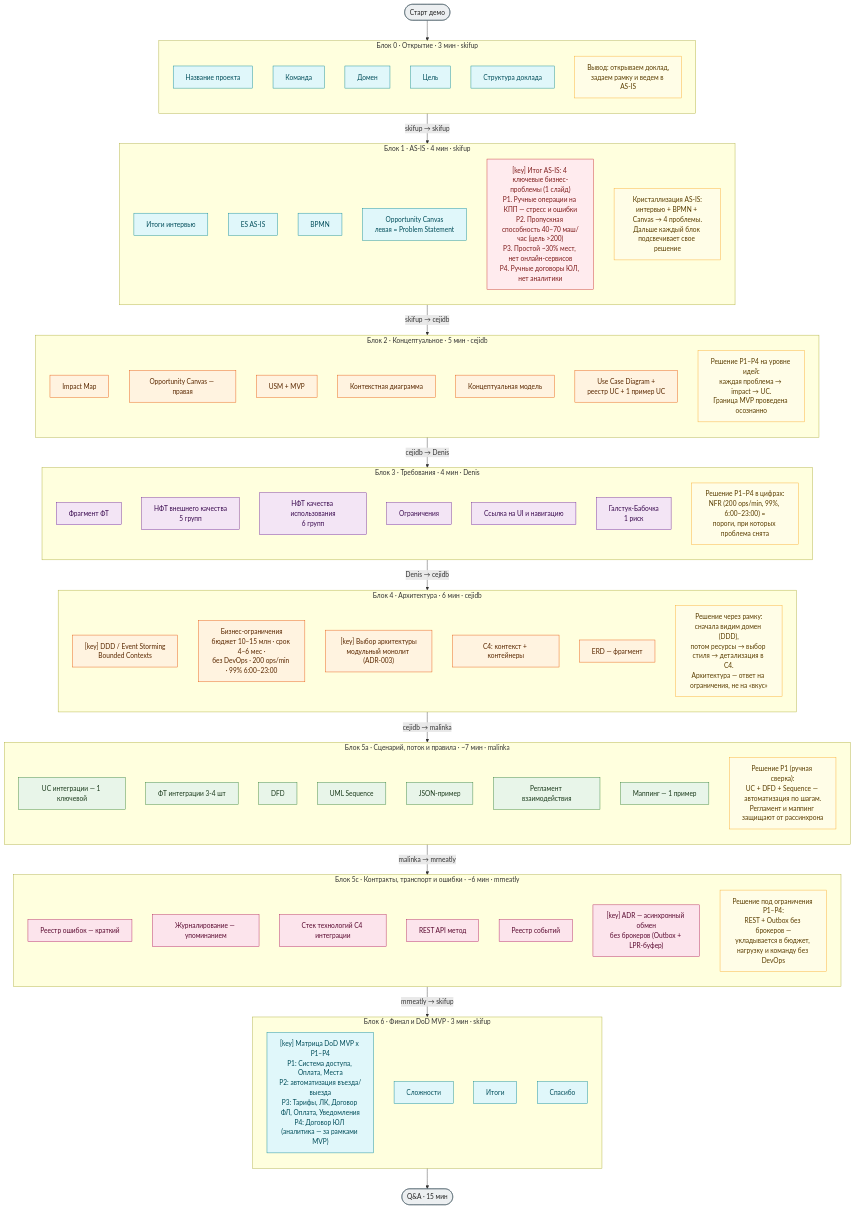
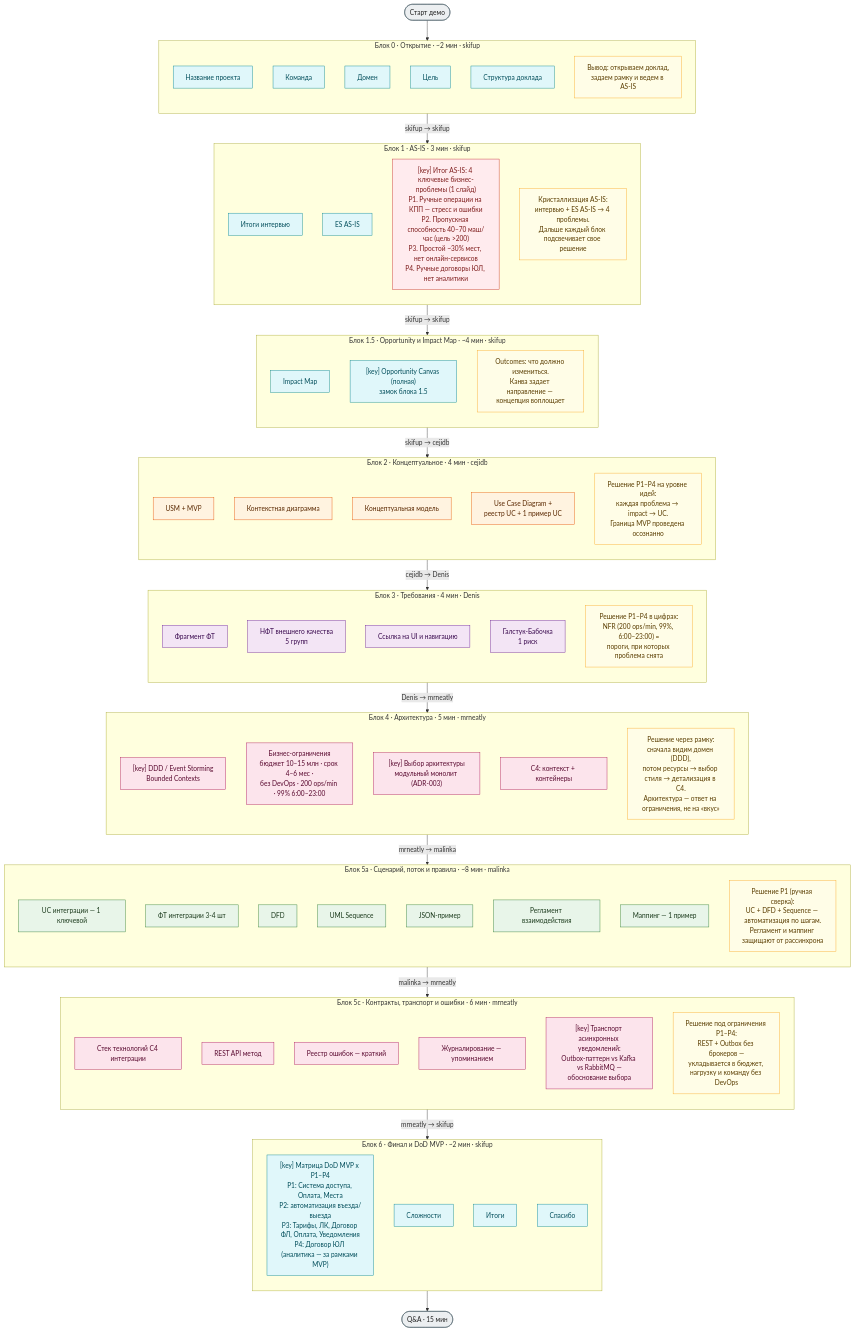
The first of 2 diagrams in docs/demo-days/demo-5/slides-map.md (CeJIDb/sab-win-26-mine-parking), drawn with Mermaid before and after one commit. The commit also changed other lines of this file and 6 other files, not shown here.

```diff
--- a/docs/demo-days/demo-5/slides-map.md
+++ b/docs/demo-days/demo-5/slides-map.md
@@ -43,7 +43,7 @@
 
     START([Старт демо]):::header
 
-    subgraph B0["Блок 0 · Открытие · 3 мин · skifup"]
+    subgraph B0["Блок 0 · Открытие · ~2 мин · skifup"]
       direction TB
       B0_1["Название проекта"]:::skifup
       B0_2["Команда"]:::skifup
@@ -53,26 +53,29 @@
       B0_out["Вывод: открываем доклад,<br/>задаем рамку и ведем в AS-IS"]:::conclusion
     end
 
-    subgraph B1["Блок 1 · AS-IS · 4 мин · skifup"]
+    subgraph B1["Блок 1 · AS-IS · 3 мин · skifup"]
       direction TB
       B1_1["Итоги интервью"]:::skifup
       B1_2["ES AS-IS"]:::skifup
-      B1_3["BPMN"]:::skifup
-      B1_4["Opportunity Canvas<br/>левая = Problem Statement"]:::skifup
 
       PROBLEMS["[key] Итог AS-IS: 4 ключевые бизнес-проблемы (1 слайд)<br/>P1. Ручные операции на КПП — стресс и ошибки<br/>P2. Пропускная способность 40–70 маш/час (цель >200)<br/>P3. Простой ~30% мест, нет онлайн-сервисов<br/>P4. Ручные договоры ЮЛ, нет аналитики"]:::problem
 
-      B1_out["Кристаллизация AS-IS:<br/>интервью + BPMN + Canvas → 4 проблемы.<br/>Дальше каждый блок подсвечивает свое решение"]:::conclusion
+      B1_out["Кристаллизация AS-IS:<br/>интервью + ES AS-IS → 4 проблемы.<br/>Дальше каждый блок подсвечивает свое решение"]:::conclusion
     end
 
-    subgraph B2["Блок 2 · Концептуальное · 5 мин · cejidb"]
+    subgraph B1_5["Блок 1.5 · Opportunity и Impact Map · ~4 мин · skifup"]
       direction TB
-      B2_1["Impact Map"]:::cejidb
-      B2_2["Opportunity Canvas — правая"]:::cejidb
-      B2_3["USM + MVP"]:::cejidb
-      B2_4["Контекстная диаграмма"]:::cejidb
-      B2_5["Концептуальная модель"]:::cejidb
-      B2_6["Use Case Diagram +<br/>реестр UC + 1 пример UC"]:::cejidb
+      B1_5_1["Impact Map"]:::skifup
+      B1_5_2["[key] Opportunity Canvas (полная)<br/>замок блока 1.5"]:::skifup
+      B1_5_out["Outcomes: что должно измениться.<br/>Канва задает направление — концепция воплощает"]:::conclusion
+    end
+
+    subgraph B2["Блок 2 · Концептуальное · 4 мин · cejidb"]
+      direction TB
+      B2_1["USM + MVP"]:::cejidb
+      B2_2["Контекстная диаграмма"]:::cejidb
+      B2_3["Концептуальная модель"]:::cejidb
+      B2_4["Use Case Diagram +<br/>реестр UC + 1 пример UC"]:::cejidb
       B2_out["Решение P1–P4 на уровне идей:<br/>каждая проблема → impact → UC.<br/>Граница MVP проведена осознанно"]:::conclusion
     end
 
@@ -80,24 +83,21 @@
       direction TB
       B3_1["Фрагмент ФТ"]:::denis
       B3_2["НФТ внешнего качества<br/>5 групп"]:::denis
-      B3_3["НФТ качества использования<br/>6 групп"]:::denis
-      B3_4["Ограничения"]:::denis
-      B3_5["Ссылка на UI и навигацию"]:::denis
-      B3_6["Галстук-Бабочка<br/>1 риск"]:::denis
+      B3_3["Ссылка на UI и навигацию"]:::denis
+      B3_4["Галстук-Бабочка<br/>1 риск"]:::denis
       B3_out["Решение P1–P4 в цифрах:<br/>NFR (200 ops/min, 99%, 6:00–23:00) =<br/>пороги, при которых проблема снята"]:::conclusion
     end
 
-    subgraph B4["Блок 4 · Архитектура · 6 мин · cejidb"]
+    subgraph B4["Блок 4 · Архитектура · 5 мин · mrneatly"]
       direction TB
-      B4_1["[key] DDD / Event Storming<br/>Bounded Contexts"]:::cejidb
-      B4_2["Бизнес-ограничения<br/>бюджет 10–15 млн · срок 4–6 мес ·<br/>без DevOps · 200 ops/min · 99% 6:00–23:00"]:::cejidb
-      B4_3["[key] Выбор архитектуры<br/>модульный монолит (ADR-003)"]:::cejidb
-      B4_4["C4: контекст + контейнеры"]:::cejidb
-      B4_5["ERD — фрагмент"]:::cejidb
+      B4_1["[key] DDD / Event Storming<br/>Bounded Contexts"]:::mrneatly
+      B4_2["Бизнес-ограничения<br/>бюджет 10–15 млн · срок 4–6 мес ·<br/>без DevOps · 200 ops/min · 99% 6:00–23:00"]:::mrneatly
+      B4_3["[key] Выбор архитектуры<br/>модульный монолит (ADR-003)"]:::mrneatly
+      B4_4["C4: контекст + контейнеры"]:::mrneatly
       B4_out["Решение через рамку:<br/>сначала видим домен (DDD),<br/>потом ресурсы → выбор стиля → детализация в C4.<br/>Архитектура — ответ на ограничения, не на «вкус»"]:::conclusion
     end
 
-    subgraph B5A["Блок 5а · Сценарий, поток и правила · ~7 мин · malinka"]
+    subgraph B5A["Блок 5а · Сценарий, поток и правила · ~8 мин · malinka"]
       direction TB
       B5A_1["UC интеграции — 1 ключевой"]:::malinka
       B5A_2["ФТ интеграции 3-4 шт"]:::malinka
@@ -109,18 +109,17 @@
       B5A_out["Решение P1 (ручная сверка):<br/>UC + DFD + Sequence — автоматизация по шагам.<br/>Регламент и маппинг защищают от рассинхрона"]:::conclusion
     end
 
-    subgraph B5C["Блок 5c · Контракты, транспорт и ошибки · ~6 мин · mrneatly"]
+    subgraph B5C["Блок 5c · Контракты, транспорт и ошибки · 6 мин · mrneatly"]
       direction TB
-      B5C_0["Реестр ошибок — краткий"]:::mrneatly
-      B5C_1["Журналирование — упоминанием"]:::mrneatly
-      B5C_2["Стек технологий C4 интеграции"]:::mrneatly
-      B5C_3["REST API метод"]:::mrneatly
-      B5C_4["Реестр событий"]:::mrneatly
-      B5C_5["[key] ADR — асинхронный обмен<br/>без брокеров (Outbox + LPR-буфер)"]:::mrneatly
+      B5C_1["Стек технологий C4 интеграции"]:::mrneatly
+      B5C_2["REST API метод"]:::mrneatly
+      B5C_3["Реестр ошибок — краткий"]:::mrneatly
+      B5C_4["Журналирование — упоминанием"]:::mrneatly
+      B5C_5["[key] Транспорт асинхронных уведомлений:<br/>Outbox-паттерн vs Kafka vs RabbitMQ —<br/>обоснование выбора"]:::mrneatly
       B5C_out["Решение под ограничения P1–P4:<br/>REST + Outbox без брокеров —<br/>укладывается в бюджет, нагрузку и команду без DevOps"]:::conclusion
     end
 
-    subgraph B6["Блок 6 · Финал и DoD MVP · 3 мин · skifup"]
+    subgraph B6["Блок 6 · Финал и DoD MVP · ~2 мин · skifup"]
       direction TB
       B6_1["[key] Матрица DoD MVP x P1–P4<br/>P1: Система доступа, Оплата, Места<br/>P2: автоматизация въезда/выезда<br/>P3: Тарифы, ЛК, Договор ФЛ, Оплата, Уведомления<br/>P4: Договор ЮЛ (аналитика — за рамками MVP)"]:::skifup
       B6_2["Сложности"]:::skifup
@@ -132,10 +131,11 @@
 
     START --> B0
     B0 -->|skifup → skifup| B1
-    B1 -->|skifup → cejidb| B2
+    B1 -->|skifup → skifup| B1_5
+    B1_5 -->|skifup → cejidb| B2
     B2 -->|cejidb → Denis| B3
-    B3 -->|Denis → cejidb| B4
-    B4 -->|cejidb → malinka| B5A
+    B3 -->|Denis → mrneatly| B4
+    B4 -->|mrneatly → malinka| B5A
     B5A -->|malinka → mrneatly| B5C
     B5C -->|mrneatly → skifup| B6
     B6 --> QA
```
